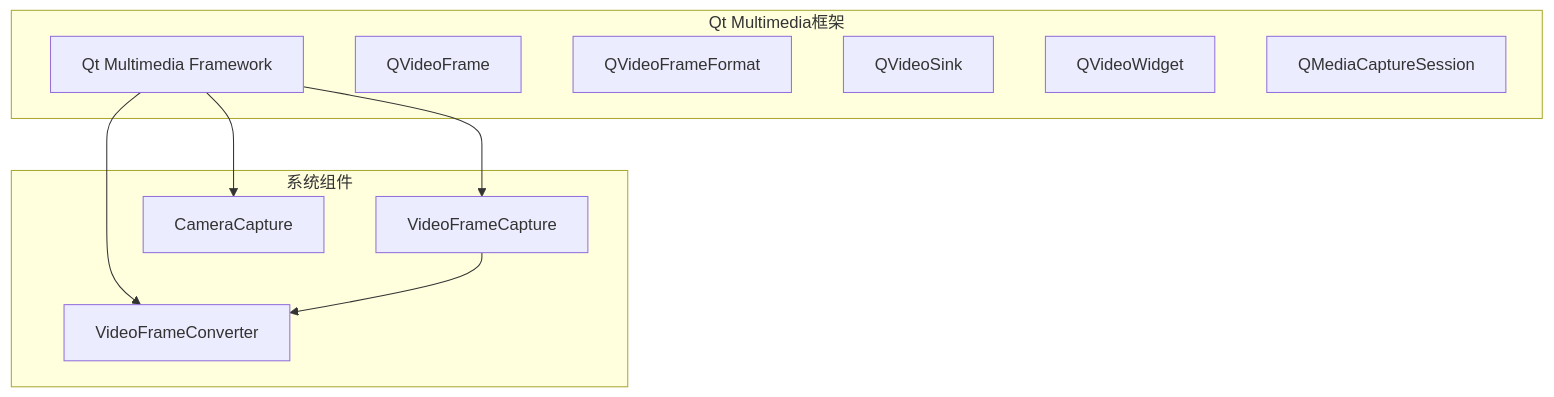
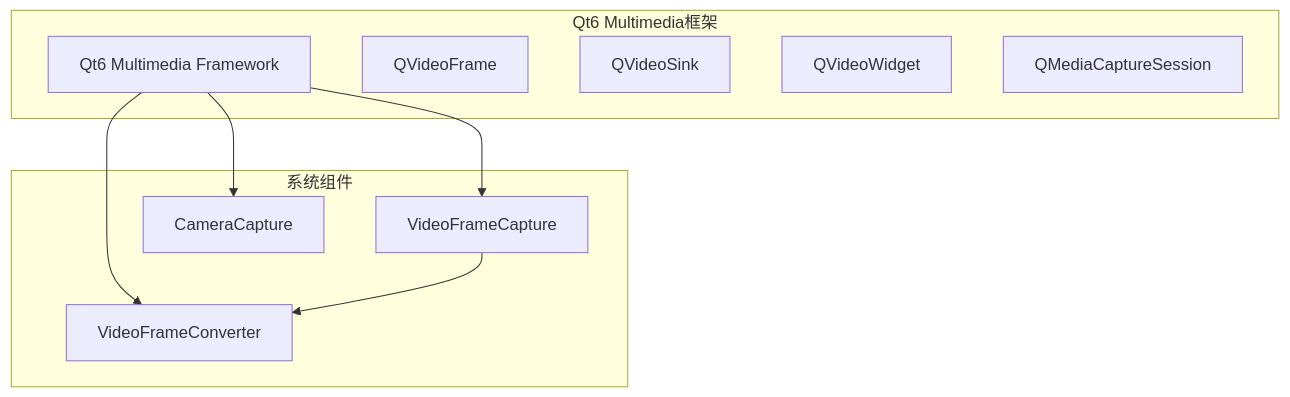
The sixth of 8 diagrams in .qoder/repowiki/zh/content/核心模块/摄像头采集模块/帧格式转换.md (HeQiTZD/Triple-terminal-Attendance-Punching-System), drawn with Mermaid before and after one commit. The commit also changed other lines of this file and 127 other files, not shown here.

````diff
--- a/.qoder/repowiki/zh/content/核心模块/摄像头采集模块/帧格式转换.md
+++ b/.qoder/repowiki/zh/content/核心模块/摄像头采集模块/帧格式转换.md
@@ -344,20 +271,19 @@
 ```mermaid
 graph TB
-subgraph "Qt Multimedia框架"
-QMF[Qt Multimedia Framework]
+subgraph "Qt6 Multimedia框架"
+QMF[Qt6 Multimedia Framework]
 QVF[QVideoFrame]
-QVFF[QVideoFrameFormat]
 QVS[QVideoSink]
 QVW[QVideoWidget]
 QMCS[QMediaCaptureSession]
 end
 subgraph "系统组件"
 VFC[VideoFrameConverter]
 VFCap[VideoFrameCapture]
 CC[CameraCapture]
 end
 QMF --> VFC
 QMF --> VFCap
 QMF --> CC
 VFCap --> VFC
 ```
````
